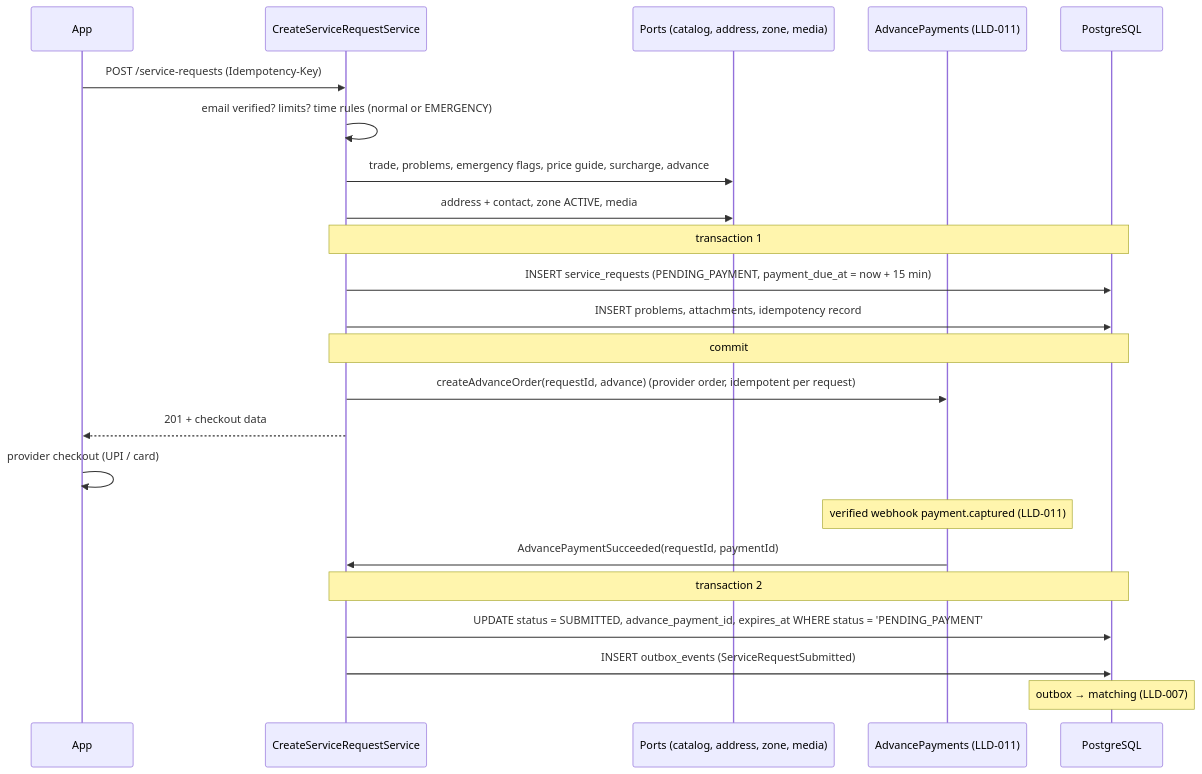
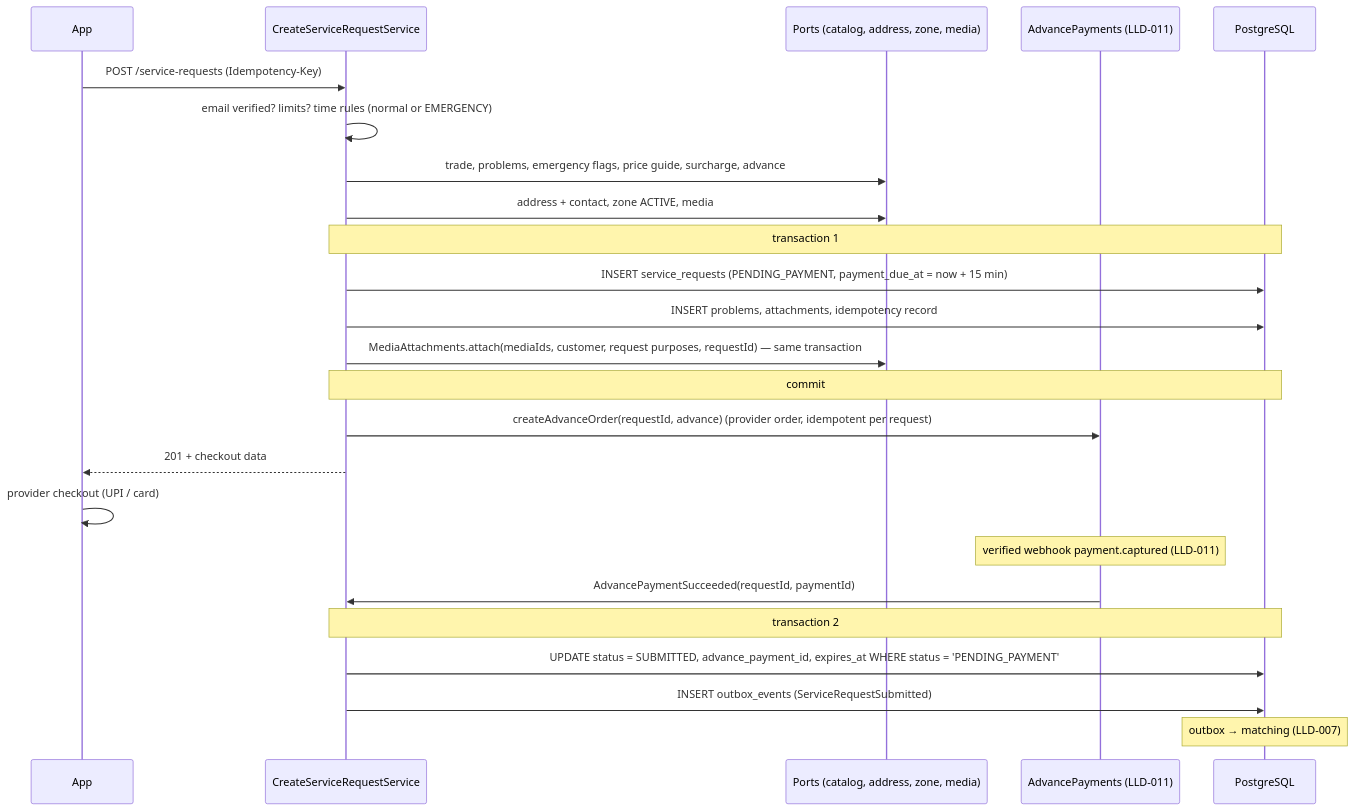
Before and after one commit to kumarprince06/karigar-marketplace: the first of 2 diagrams in docs/lld/lld-006-create-service-request.md, drawn with Mermaid. The commit also changed other lines of this file and 32 other files, not shown here.

````diff
--- a/docs/lld/lld-006-create-service-request.md
+++ b/docs/lld/lld-006-create-service-request.md
@@ -318,25 +320,26 @@
 ```mermaid
 sequenceDiagram
     participant App
     participant C as CreateServiceRequestService
     participant P as Ports (catalog, address, zone, media)
     participant AP as AdvancePayments (LLD-011)
     participant DB as PostgreSQL
     App->>C: POST /service-requests (Idempotency-Key)
     C->>C: email verified? limits? time rules (normal or EMERGENCY)
     C->>P: trade, problems, emergency flags, price guide, surcharge, advance
     C->>P: address + contact, zone ACTIVE, media
     Note over C,DB: transaction 1
     C->>DB: INSERT service_requests (PENDING_PAYMENT, payment_due_at = now + 15 min)
     C->>DB: INSERT problems, attachments, idempotency record
+    C->>P: MediaAttachments.attach(mediaIds, customer, request purposes, requestId) — same transaction
     Note over C,DB: commit
     C->>AP: createAdvanceOrder(requestId, advance)  (provider order, idempotent per request)
     C-->>App: 201 + checkout data
     App->>App: provider checkout (UPI / card)
     Note over AP: verified webhook payment.captured (LLD-011)
     AP->>C: AdvancePaymentSucceeded(requestId, paymentId)
     Note over C,DB: transaction 2
     C->>DB: UPDATE status = SUBMITTED, advance_payment_id, expires_at  WHERE status = 'PENDING_PAYMENT'
     C->>DB: INSERT outbox_events (ServiceRequestSubmitted)
     Note over DB: outbox → matching (LLD-007)
 ```
````
